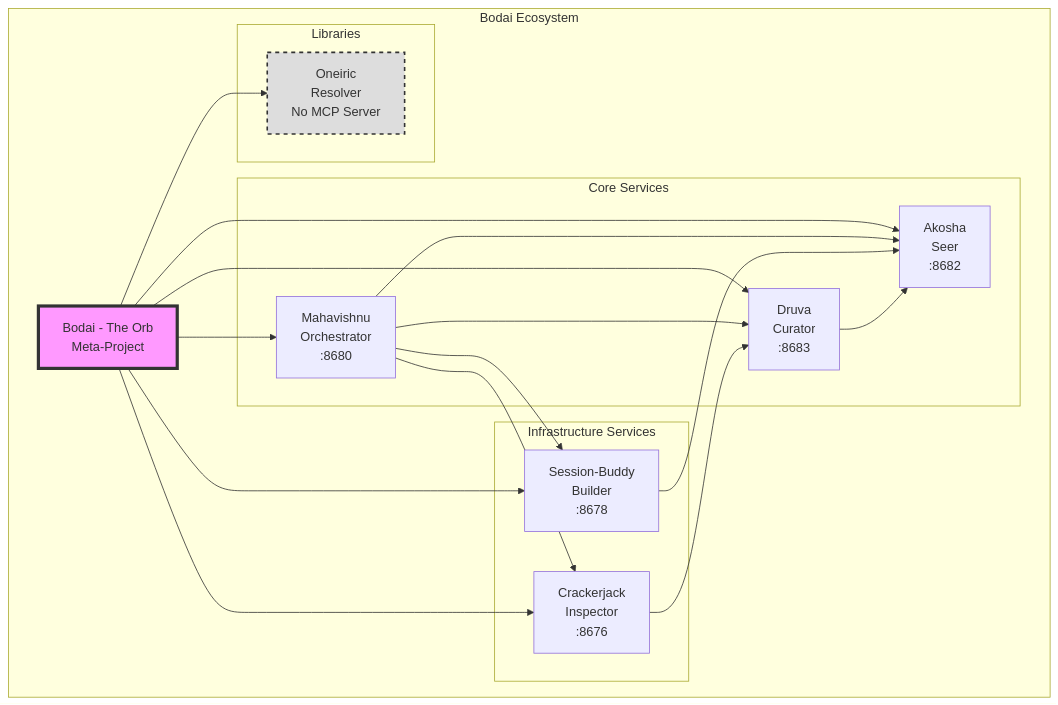
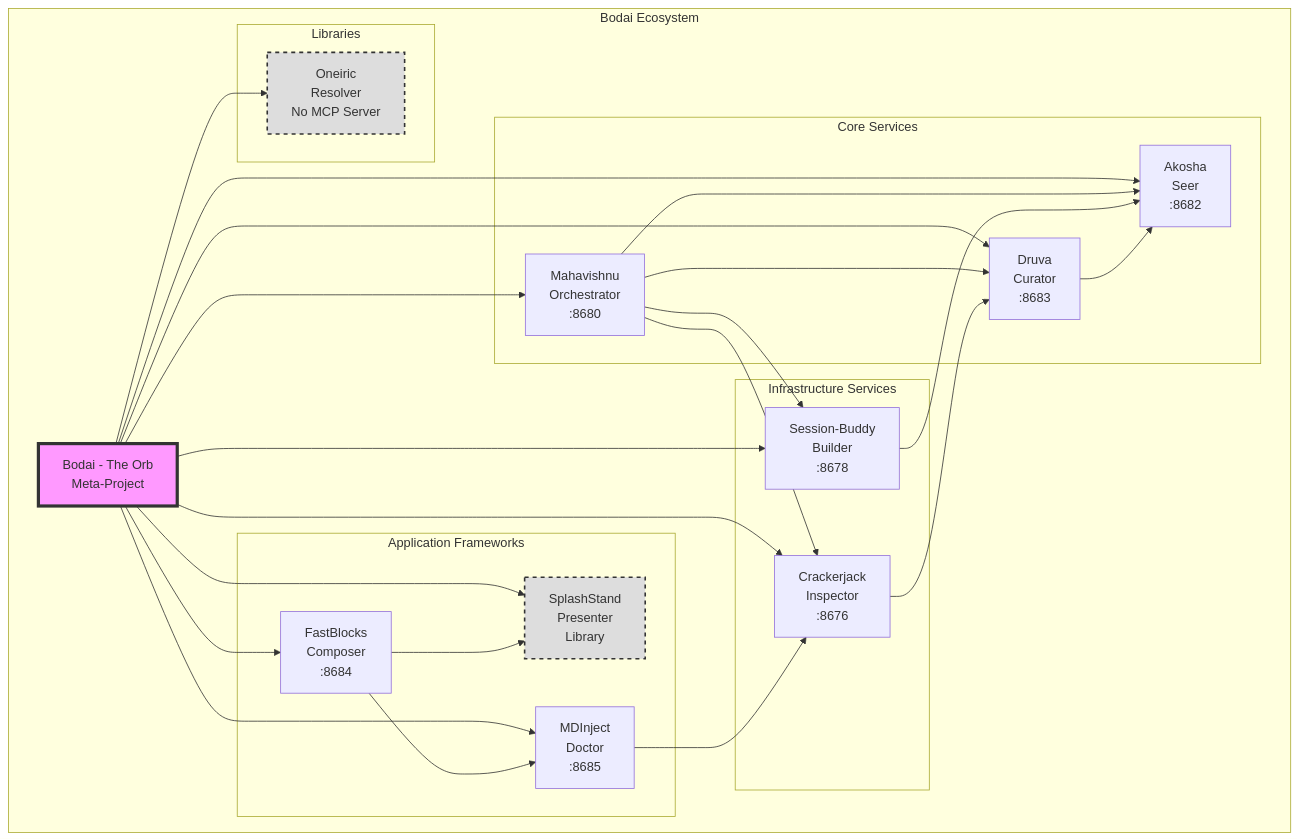
Before and after one commit to lesleslie/bodai: the diagram in docs/architecture.md, drawn with Mermaid. The commit also changed other lines of this file and 8 other files, not shown here.

First line of the commit message:
feat: add FastBlocks, SplashStand, MDInject to ecosystem

````diff
--- a/docs/architecture.md
+++ b/docs/architecture.md
@@ -7,40 +7,54 @@
 ```mermaid
 graph TB
     subgraph "Bodai Ecosystem"
         BODAI[Bodai - The Orb<br/>Meta-Project]
 
         subgraph "Core Services"
             MAHA[Mahavishnu<br/>Orchestrator<br/>:8680]
             AKOS[Akosha<br/>Seer<br/>:8682]
             DHRU[Druva<br/>Curator<br/>:8683]
         end
 
         subgraph "Infrastructure Services"
             SESS[Session-Buddy<br/>Builder<br/>:8678]
             CRACK[Crackerjack<br/>Inspector<br/>:8676]
         end
 
+        subgraph "Application Frameworks"
+            FAST[FastBlocks<br/>Composer<br/>:8684]
+            SPLASH[SplashStand<br/>Presenter<br/>Library]
+            MDINJ[MDInject<br/>Doctor<br/>:8685]
+        end
+
         subgraph "Libraries"
             ONEI[Oneiric<br/>Resolver<br/>No MCP Server]
         end
 
         BODAI --> MAHA
         BODAI --> AKOS
         BODAI --> DHRU
         BODAI --> SESS
         BODAI --> CRACK
+        BODAI --> FAST
+        BODAI --> SPLASH
+        BODAI --> MDINJ
         BODAI --> ONEI
 
         MAHA --> AKOS
         MAHA --> DHRU
         MAHA --> SESS
         MAHA --> CRACK
 
         SESS --> AKOS
         CRACK --> DHRU
         DHRU --> AKOS
+
+        FAST --> SPLASH
+        FAST --> MDINJ
+        MDINJ --> CRACK
     end
 
     style BODAI fill:#f9f,stroke:#333,stroke-width:4px
     style ONEI fill:#ddd,stroke:#333,stroke-width:2px,stroke-dasharray: 5 5
+    style SPLASH fill:#ddd,stroke:#333,stroke-width:2px,stroke-dasharray: 5 5
 ```
````
